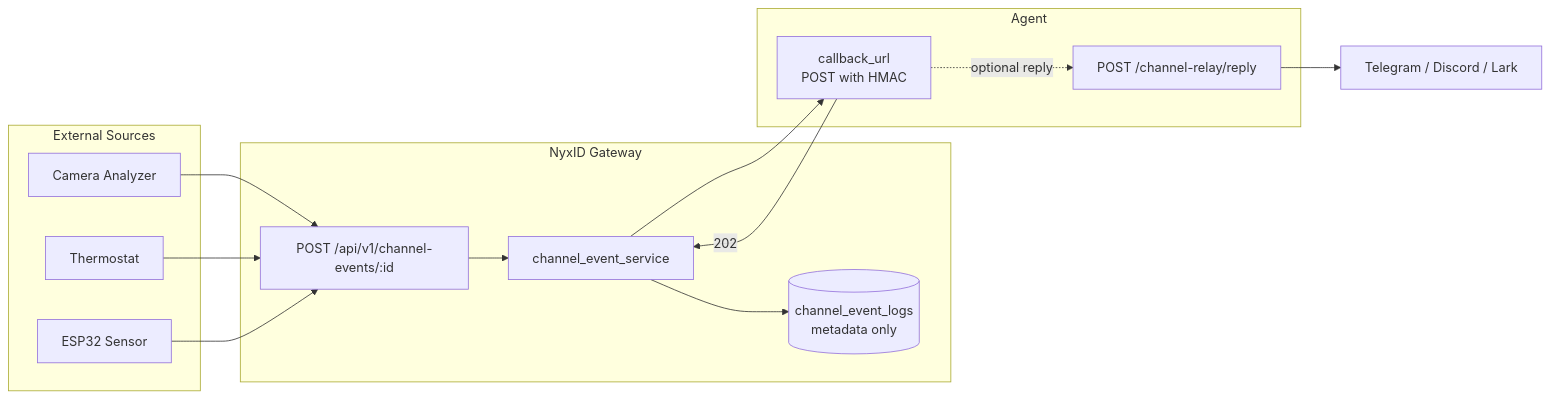
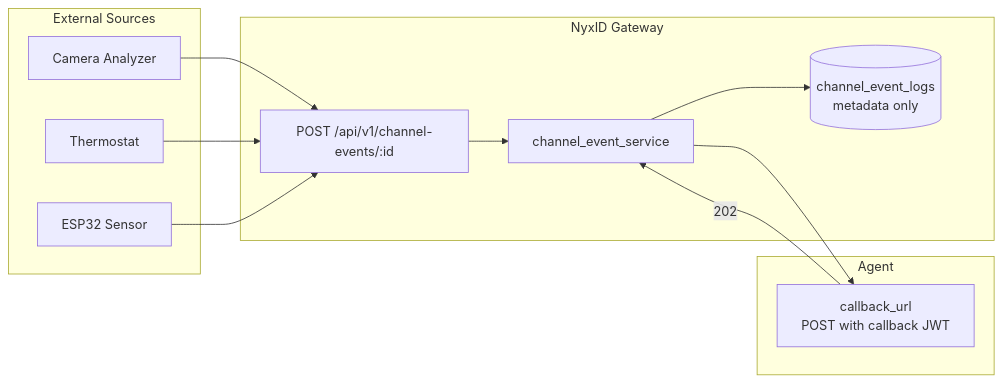
One commit to ChronoAIProject/NyxID changed the first of 3 diagrams in docs/CHANNEL_EVENT_GATEWAY.md. Above: the diagram before and after it, drawn with Mermaid. The commit also changed other lines of this file and 8 other files, not shown here.

````diff
--- a/docs/CHANNEL_EVENT_GATEWAY.md
+++ b/docs/CHANNEL_EVENT_GATEWAY.md
@@ -11,29 +11,26 @@
 ```mermaid
 graph LR
     subgraph External Sources
         A[Camera Analyzer]
         B[Thermostat]
         C[ESP32 Sensor]
     end
 
     subgraph NyxID Gateway
         H[POST /api/v1/channel-events/:id]
         SVC[channel_event_service]
         LOG[(channel_event_logs<br/>metadata only)]
     end
 
     subgraph Agent
-        CB[callback_url<br/>POST with HMAC]
-        ASYNC[POST /channel-relay/reply]
+        CB[callback_url<br/>POST with callback JWT]
     end
 
     A --> H
     B --> H
     C --> H
     H --> SVC
     SVC --> LOG
     SVC --> CB
     CB -->|202| SVC
-    CB -.optional reply.-> ASYNC
-    ASYNC --> D[Telegram / Discord / Lark]
 ```
````
